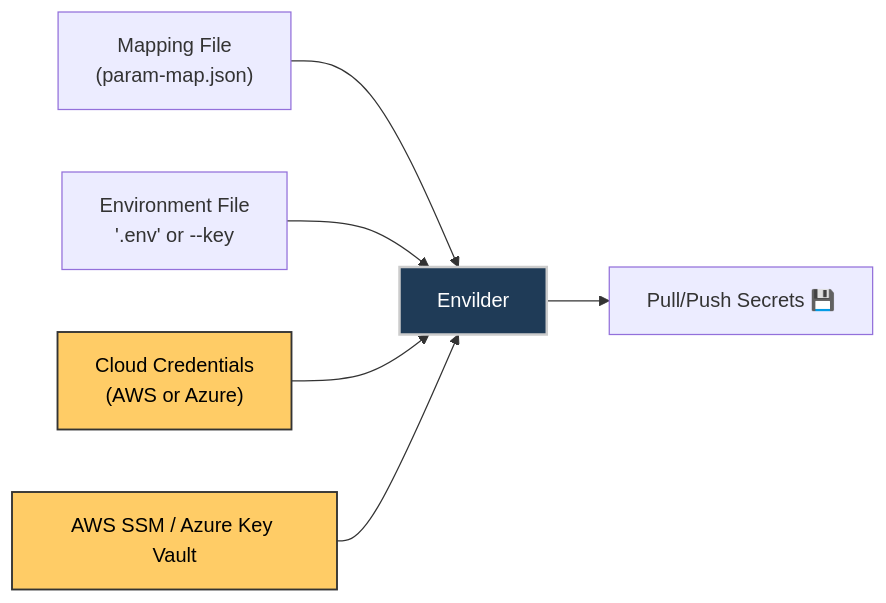
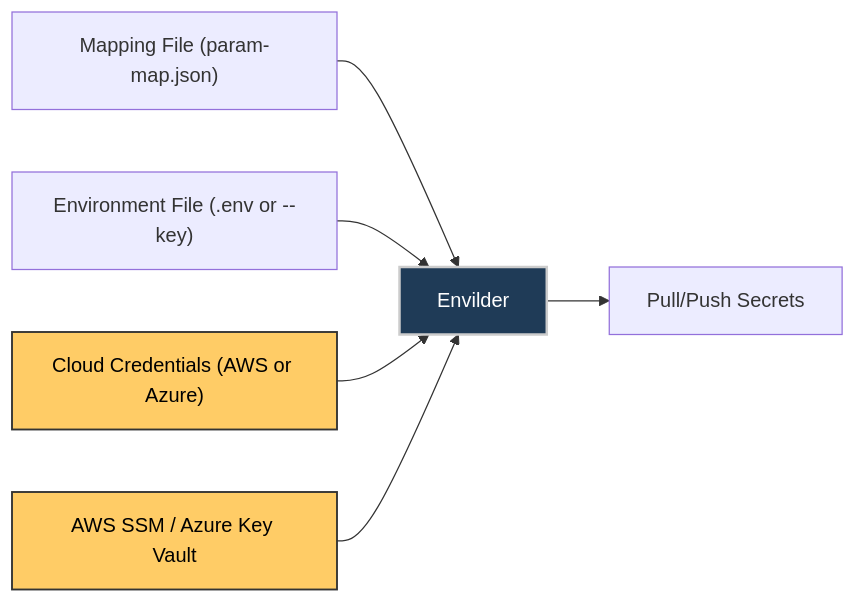
Before and after one commit to macalbert/envilder: the diagram in README.md, drawn with Mermaid.

Commit message:
docs: Update mapping file format in README for clarity

````diff
--- a/README.md
+++ b/README.md
@@ -325,11 +325,11 @@
 ```mermaid
 graph LR
-    A["Mapping File<br/>(param-map.json)"] --> B[Envilder]:::core
-    C["Environment File<br/> '.env' or --key"] --> B
-    D["Cloud Credentials<br/>(AWS or Azure)"]:::cloud --> B
+    A["Mapping File (param-map.json)"] --> B[Envilder]:::core
+    C["Environment File (.env or --key)"] --> B
+    D["Cloud Credentials (AWS or Azure)"]:::cloud --> B
     E["AWS SSM / Azure Key Vault"]:::cloud --> B
-    B --> F["Pull/Push Secrets 💾"]
+    B --> F["Pull/Push Secrets"]
 
     classDef cloud fill:#ffcc66,color:#000000,stroke:#333,stroke-width:1.5px;
     classDef core fill:#1f3b57,color:#fff,stroke:#ccc,stroke-width:2px;
 ```
````
